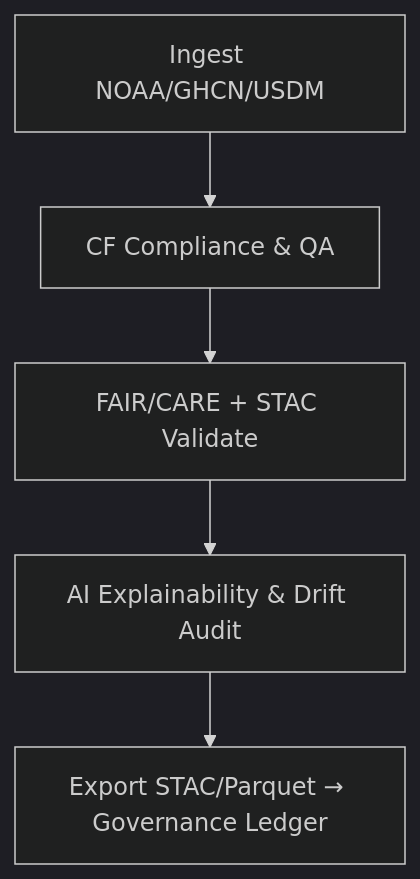
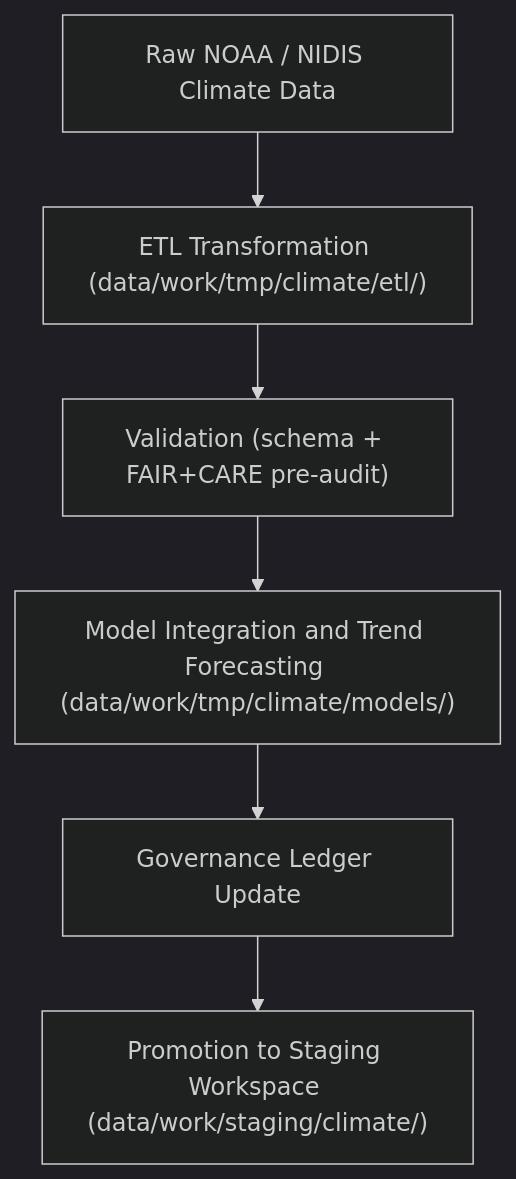
The diagram in data/work/tmp/climate/README.md (bartytime4life/Kansas-Frontier-Matrix), drawn with Mermaid (dark theme) before and after one commit. The commit also changed other lines of this file, not shown here.

````diff
--- a/data/work/tmp/climate/README.md
+++ b/data/work/tmp/climate/README.md
@@ -251,7 +78,8 @@
 ```mermaid
 flowchart TD
-  A[Ingest NOAA/GHCN/USDM] --> B[CF Compliance & QA]
-  B --> C[FAIR/CARE + STAC Validate]
-  C --> D[AI Explainability & Drift Audit]
-  D --> E[Export STAC/Parquet → Governance Ledger]
+    A["Raw NOAA / NIDIS Climate Data"] --> B["ETL Transformation (data/work/tmp/climate/etl/)"]
+    B --> C["Validation (schema + FAIR+CARE pre-audit)"]
+    C --> D["Model Integration and Trend Forecasting (data/work/tmp/climate/models/)"]
+    D --> E["Governance Ledger Update"]
+    E --> F["Promotion to Staging Workspace (data/work/staging/climate/)"]
 ```
````
